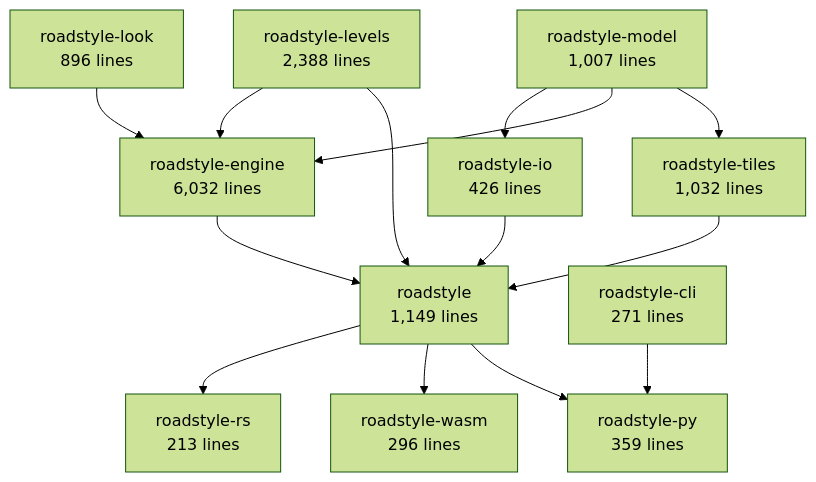
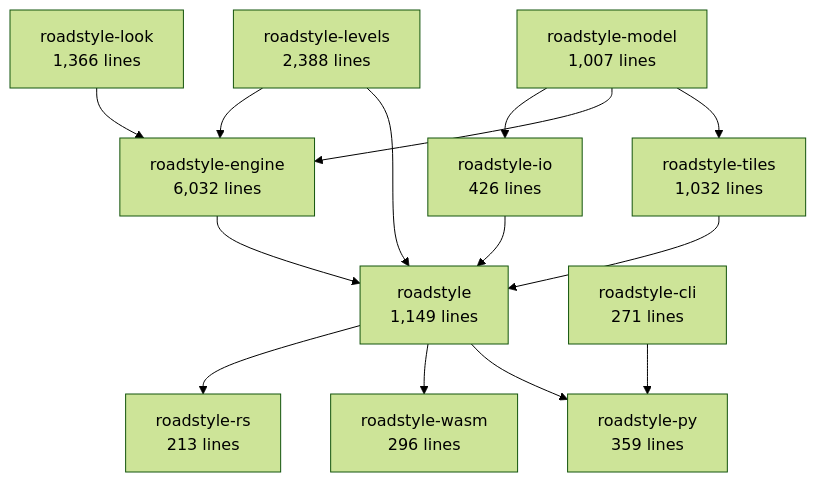
Before and after one commit to Khoshkhah/roadstyle: the second of 6 diagrams in docs/rust/architecture.md, drawn with Mermaid (forest theme). The commit also changed other lines of this file and 29 other files, not shown here.

````diff
--- a/docs/rust/architecture.md
+++ b/docs/rust/architecture.md
@@ -69,27 +69,27 @@
 ```mermaid
 flowchart TB
     roadstyle_model["roadstyle-model<br/>1,007 lines"]
-    roadstyle_look["roadstyle-look<br/>896 lines"]
+    roadstyle_look["roadstyle-look<br/>1,366 lines"]
     roadstyle_io["roadstyle-io<br/>426 lines"]
     roadstyle_levels["roadstyle-levels<br/>2,388 lines"]
     roadstyle_engine["roadstyle-engine<br/>6,032 lines"]
     roadstyle_tiles["roadstyle-tiles<br/>1,032 lines"]
     roadstyle["roadstyle<br/>1,149 lines"]
     roadstyle_rs["roadstyle-rs<br/>213 lines"]
     roadstyle_wasm["roadstyle-wasm<br/>296 lines"]
     roadstyle_py["roadstyle-py<br/>359 lines"]
     roadstyle_cli["roadstyle-cli<br/>271 lines"]
     roadstyle_model --> roadstyle_io
     roadstyle_levels --> roadstyle_engine
     roadstyle_look --> roadstyle_engine
     roadstyle_model --> roadstyle_engine
     roadstyle_model --> roadstyle_tiles
     roadstyle_engine --> roadstyle
     roadstyle_io --> roadstyle
     roadstyle_levels --> roadstyle
     roadstyle_tiles --> roadstyle
     roadstyle --> roadstyle_rs
     roadstyle --> roadstyle_wasm
     roadstyle --> roadstyle_py
     roadstyle_cli --> roadstyle_py
 ```
````
